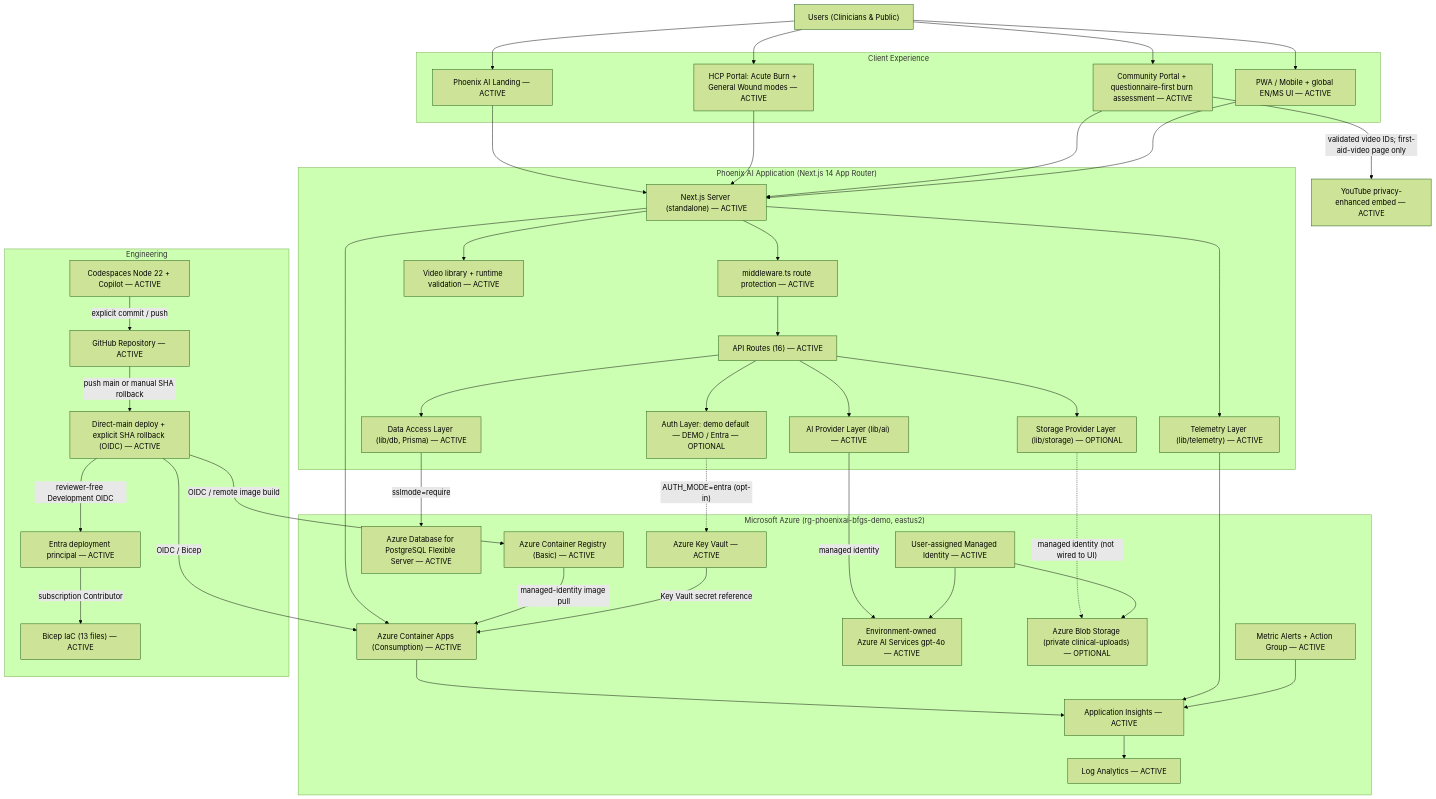
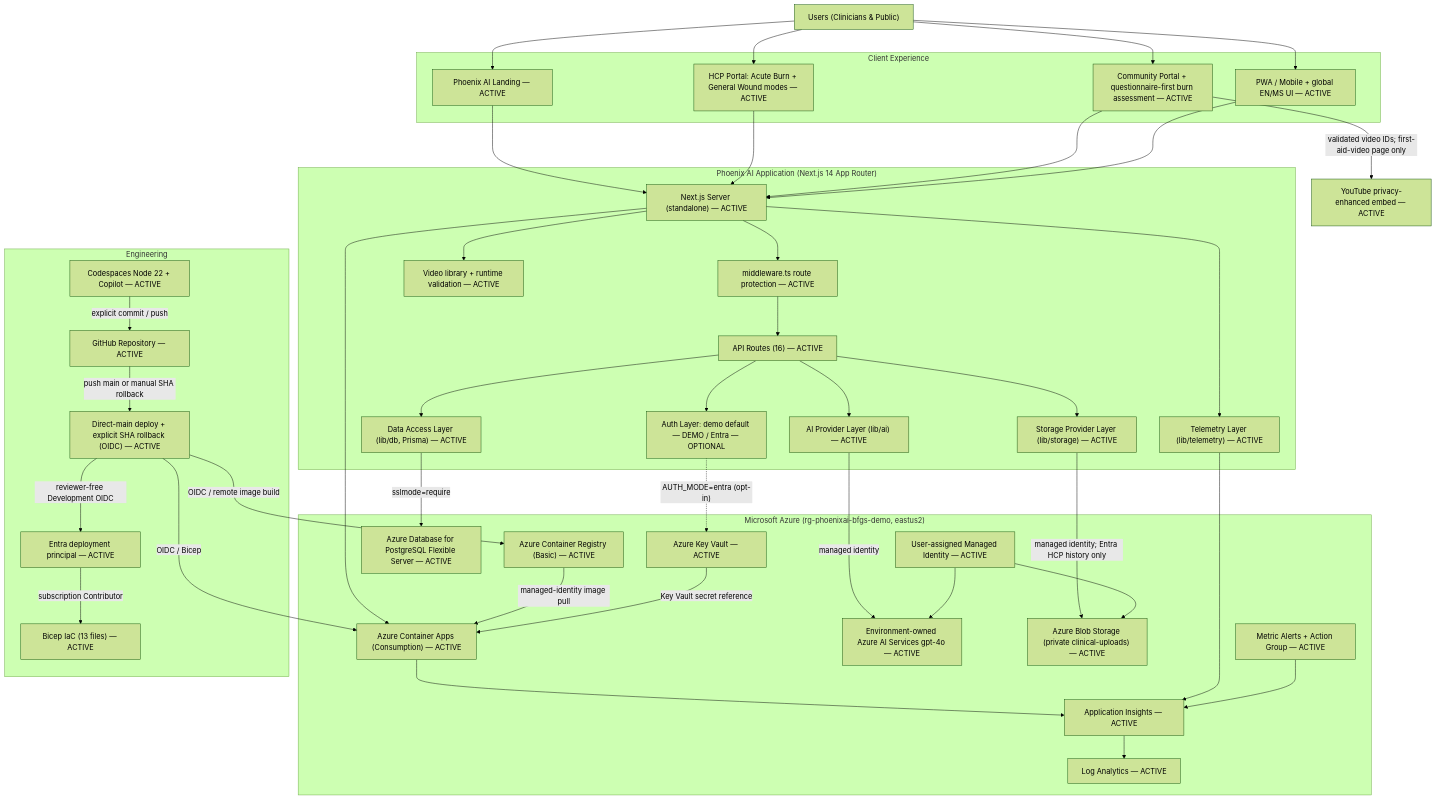
The diagram in docs/architecture/current-architecture.md (polyfuze4336-bot/phoenix-ai-azure), drawn with Mermaid (forest theme) before and after one commit. The commit also changed other lines of this file and 24 other files, not shown here.

Commit message:
feat: secure and persist Entra HCP analysis history with private images

```diff
--- a/docs/architecture/current-architecture.md
+++ b/docs/architecture/current-architecture.md
@@ -70,7 +70,7 @@
         Auth["Auth Layer: demo default — DEMO / Entra — OPTIONAL"]
         AIProvider["AI Provider Layer (lib/ai) — ACTIVE"]
         Data["Data Access Layer (lib/db, Prisma) — ACTIVE"]
-        Storage["Storage Provider Layer (lib/storage) — OPTIONAL"]
+        Storage["Storage Provider Layer (lib/storage) — ACTIVE"]
         RuntimeConfig["Video library + runtime validation — ACTIVE"]
         Telemetry["Telemetry Layer (lib/telemetry) — ACTIVE"]
     end
@@ -82,7 +82,7 @@
         ACR["Azure Container Registry (Basic) — ACTIVE"]
         Foundry["Environment-owned Azure AI Services gpt-4o — ACTIVE"]
         PostgreSQL["Azure Database for PostgreSQL Flexible Server — ACTIVE"]
-        Blob["Azure Blob Storage (private clinical-uploads) — OPTIONAL"]
+        Blob["Azure Blob Storage (private clinical-uploads) — ACTIVE"]
         KV["Azure Key Vault — ACTIVE"]
         MI["User-assigned Managed Identity — ACTIVE"]
         Insights["Application Insights — ACTIVE"]
@@ -120,7 +120,7 @@
 
     AIProvider -->|"managed identity"| Foundry
     Data -->|"sslmode=require"| PostgreSQL
-    Storage -.->|"managed identity (not wired to UI)"| Blob
+    Storage -->|"managed identity; Entra HCP history only"| Blob
     Auth -.->|"AUTH_MODE=entra (opt-in)"| KV
 
     Next --> ContainerApp
```
